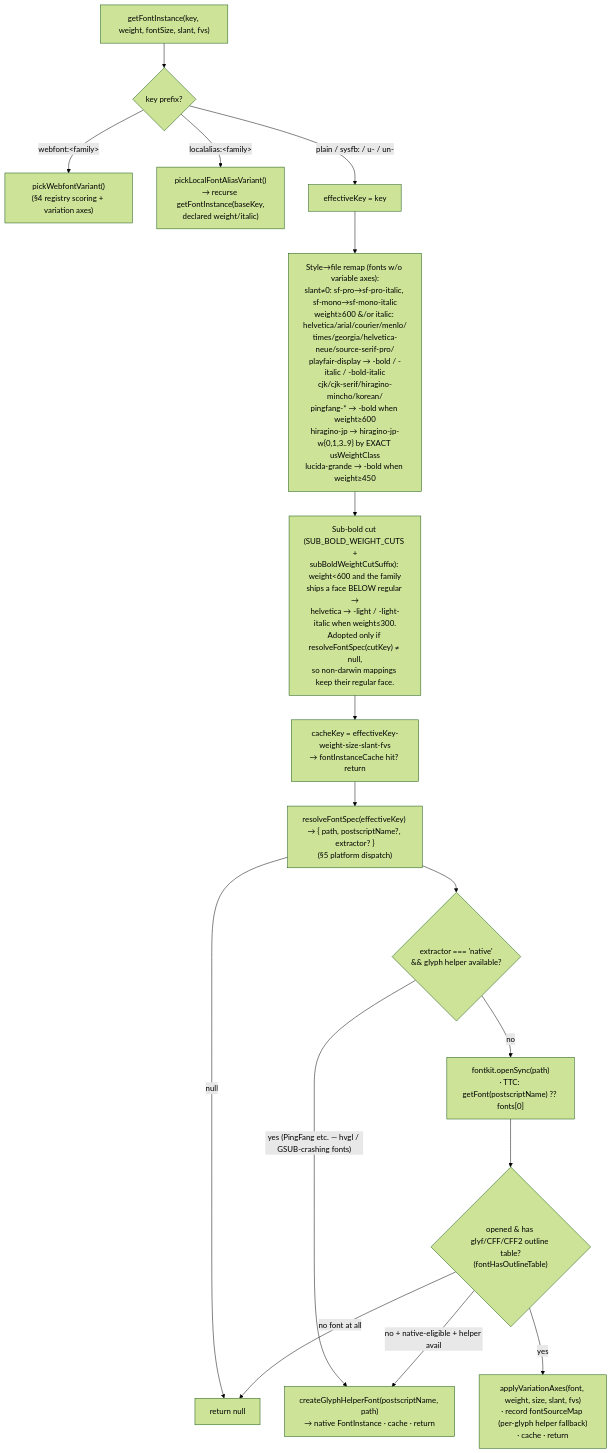
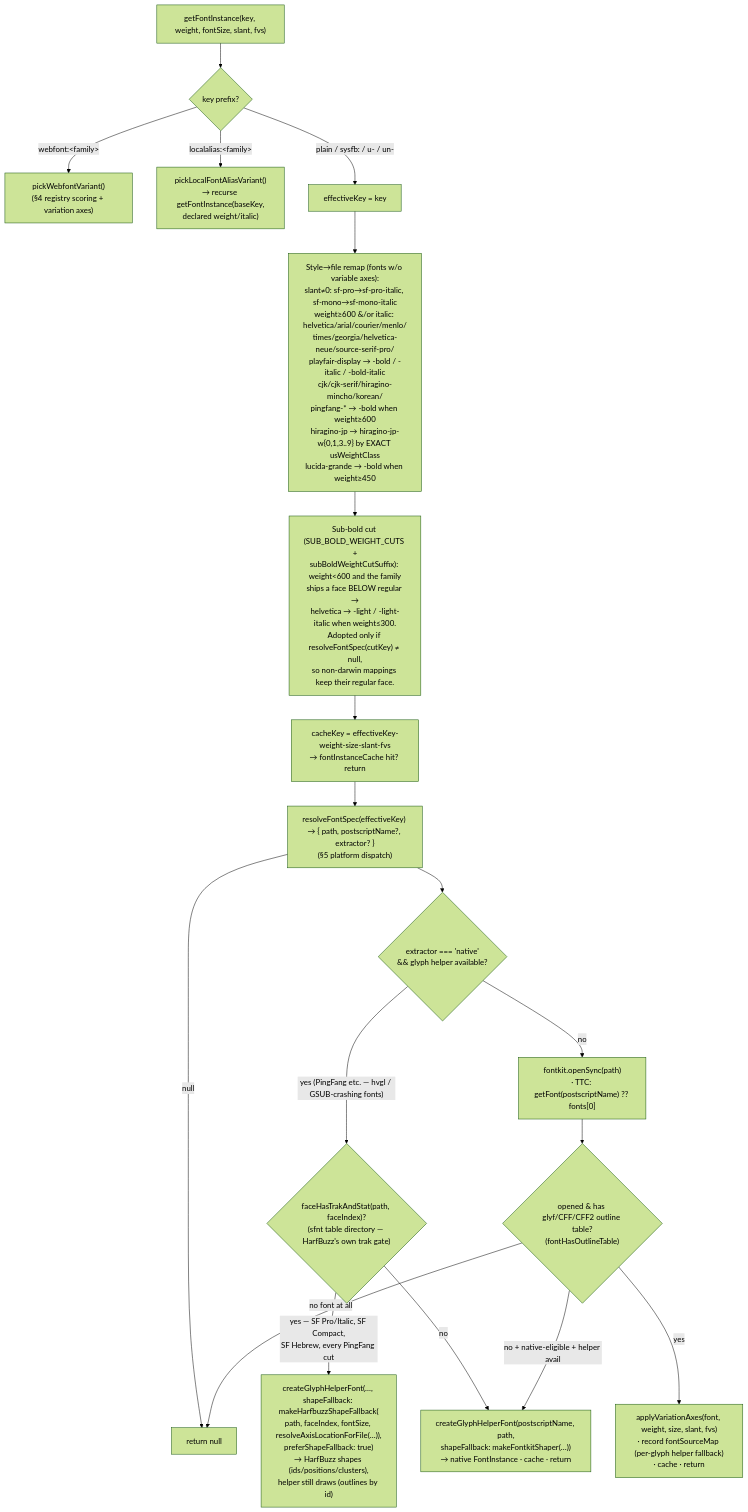
Before and after one commit to brianwestphal/domotion: the third of 11 diagrams in docs/font-resolution-diagram.md, drawn with Mermaid (forest theme). The commit also changed other lines of this file and 5 other files, not shown here.

````diff
--- a/docs/font-resolution-diagram.md
+++ b/docs/font-resolution-diagram.md
@@ -200,20 +200,22 @@
 ```mermaid
 flowchart TD
   G0["getFontInstance(key, weight, fontSize, slant, fvs)"] --> G1{"key prefix?"}
   G1 -->|"webfont:&lt;family&gt;"| GW["pickWebfontVariant()<br/>(§4 registry scoring + variation axes)"]
   G1 -->|"localalias:&lt;family&gt;"| GL["pickLocalFontAliasVariant()<br/>→ recurse getFontInstance(baseKey,<br/>declared weight/italic)"]
   G1 -->|"plain / sysfb: / u- / un-"| G2["effectiveKey = key"]
 
   G2 --> G3["Style→file remap (fonts w/o variable axes):<br/>slant≠0: sf-pro→sf-pro-italic, sf-mono→sf-mono-italic<br/>weight≥600 &/or italic: helvetica/arial/courier/menlo/<br/>times/georgia/helvetica-neue/source-serif-pro/<br/>playfair-display → -bold / -italic / -bold-italic<br/>cjk/cjk-serif/hiragino-mincho/korean/<br/>pingfang-* → -bold when weight≥600<br/>hiragino-jp → hiragino-jp-w{0,1,3..9} by EXACT usWeightClass<br/>lucida-grande → -bold when weight≥450"]
   G3 --> G3b["Sub-bold cut (SUB_BOLD_WEIGHT_CUTS +<br/>subBoldWeightCutSuffix): weight&lt;600 and the family<br/>ships a face BELOW regular →<br/>helvetica → -light / -light-italic when weight≤300.<br/>Adopted only if resolveFontSpec(cutKey) ≠ null,<br/>so non-darwin mappings keep their regular face."]
   G3b --> G4["cacheKey = effectiveKey-weight-size-slant-fvs<br/>→ fontInstanceCache hit? return"]
   G4 --> G5["resolveFontSpec(effectiveKey) → { path, postscriptName?, extractor? }<br/>(§5 platform dispatch)"]
   G5 -->|"null"| GNull["return null"]
   G5 --> G6{"extractor === 'native'<br/>&& glyph helper available?"}
-  G6 -->|"yes (PingFang etc. — hvgl / GSUB-crashing fonts)"| G7["createGlyphHelperFont(postscriptName, path)<br/>→ native FontInstance · cache · return"]
+  G6 -->|"yes (PingFang etc. — hvgl / GSUB-crashing fonts)"| G6t{"faceHasTrakAndStat(path, faceIndex)?<br/>(sfnt table directory — HarfBuzz's own trak gate)"}
+  G6t -->|"yes — SF Pro/Italic, SF Compact,<br/>SF Hebrew, every PingFang cut"| G7t["createGlyphHelperFont(…, shapeFallback: makeHarfbuzzShapeFallback(<br/>path, faceIndex, fontSize, resolveAxisLocationForFile(…)),<br/>preferShapeFallback: true)<br/>→ HarfBuzz shapes (ids/positions/clusters),<br/>helper still draws (outlines by id)"]
+  G6t -->|"no"| G7["createGlyphHelperFont(postscriptName, path,<br/>shapeFallback: makeFontkitShaper(…))<br/>→ native FontInstance · cache · return"]
   G6 -->|"no"| G8["fontkit.openSync(path)<br/>· TTC: getFont(postscriptName) ?? fonts[0]"]
   G8 --> G9{"opened & has glyf/CFF/CFF2 outline table?<br/>(fontHasOutlineTable)"}
   G9 -->|"no + native-eligible + helper avail"| G7
   G9 -->|"no font at all"| GNull
   G9 -->|"yes"| G10["applyVariationAxes(font, weight, size, slant, fvs)<br/>· record fontSourceMap (per-glyph helper fallback)<br/>· cache · return"]
 ```
````
